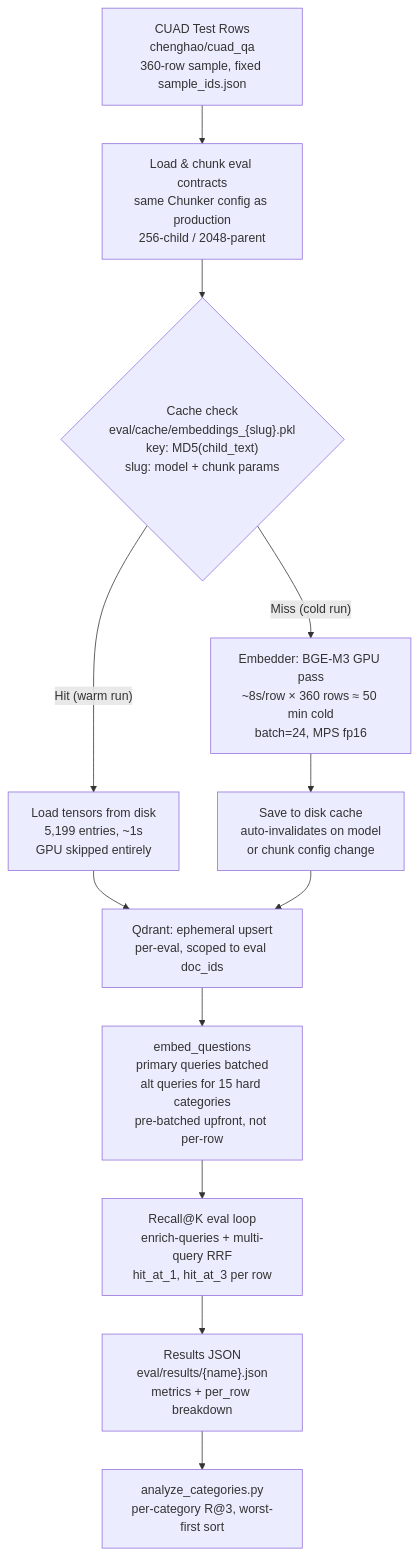
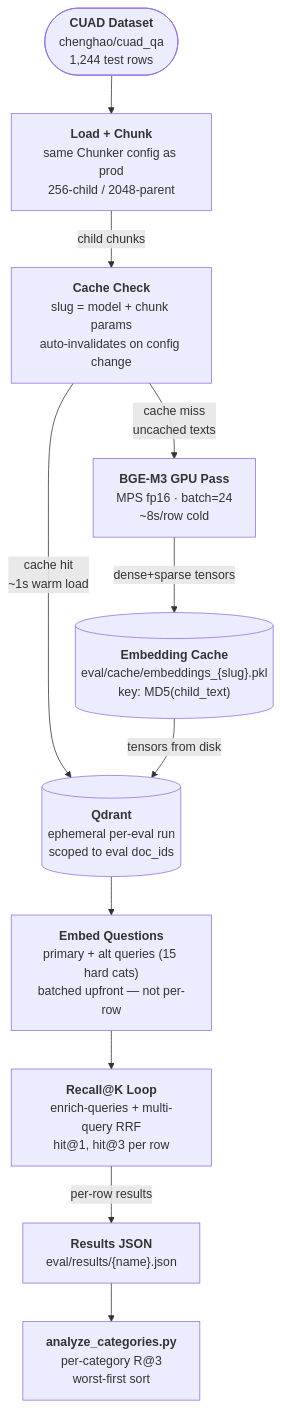
Before and after one commit to pulkitku2004-ai/LexGraph-DD: the second of 2 diagrams in CONTEXT.md, drawn with Mermaid. The commit also changed other lines of this file and 11 other files, not shown here.

````diff
--- a/CONTEXT.md
+++ b/CONTEXT.md
@@ -278,13 +371,46 @@
 ```mermaid
 graph TD
-    A["CUAD Test Rows\nchenghao/cuad_qa\n360-row sample, fixed sample_ids.json"] --> B["Load & chunk eval contracts\nsame Chunker config as production\n256-child / 2048-parent"]
-    B --> C{"Cache check\neval/cache/embeddings_{slug}.pkl\nkey: MD5(child_text)\nslug: model + chunk params"}
-    C -- "Hit (warm run)" --> D["Load tensors from disk\n5,199 entries, ~1s\nGPU skipped entirely"]
-    C -- "Miss (cold run)" --> E["Embedder: BGE-M3 GPU pass\n~8s/row × 360 rows ≈ 50 min cold\nbatch=24, MPS fp16"]
-    E --> F["Save to disk cache\nauto-invalidates on model\nor chunk config change"]
-    D & F --> G["Qdrant: ephemeral upsert\nper-eval, scoped to eval doc_ids"]
-    G --> H["embed_questions\nprimary queries batched\nalt queries for 15 hard categories\npre-batched upfront, not per-row"]
-    H --> I["Recall@K eval loop\nenrich-queries + multi-query RRF\nhit_at_1, hit_at_3 per row"]
-    I --> J["Results JSON\neval/results/{name}.json\nmetrics + per_row breakdown"]
-    J --> K["analyze_categories.py\nper-category R@3, worst-first sort"]
+    CUAD(["`**CUAD Dataset**
+    chenghao/cuad_qa
+    1,244 test rows`"])
+
+    CACHE[("`**Embedding Cache**
+    eval/cache/embeddings_{slug}.pkl
+    key: MD5(child_text)`")]
+
+    QDRANT2[("`**Qdrant**
+    ephemeral per-eval run
+    scoped to eval doc_ids`")]
+
+    E0["`**Load + Chunk**
+    same Chunker config as prod
+    256-child / 2048-parent`"]
+    E1["`**Cache Check**
+    slug = model + chunk params
+    auto-invalidates on config change`"]
+    E2["`**BGE-M3 GPU Pass**
+    MPS fp16 · batch=24
+    ~8s/row cold`"]
+    E3["`**Embed Questions**
+    primary + alt queries (15 hard cats)
+    batched upfront — not per-row`"]
+    E4["`**Recall@K Loop**
+    enrich-queries + multi-query RRF
+    hit@1, hit@3 per row`"]
+    E5["`**Results JSON**
+    eval/results/{name}.json`"]
+    E6["`**analyze_categories.py**
+    per-category R@3
+    worst-first sort`"]
+
+    CUAD --> E0
+    E0 -->|"child chunks"| E1
+    E1 -->|"cache miss\nuncached texts"| E2
+    E2 -->|"dense+sparse tensors"| CACHE
+    E1 -->|"cache hit\n~1s warm load"| QDRANT2
+    CACHE -->|"tensors from disk"| QDRANT2
+    QDRANT2 --> E3
+    E3 --> E4
+    E4 -->|"per-row results"| E5
+    E5 --> E6
 ```
````
